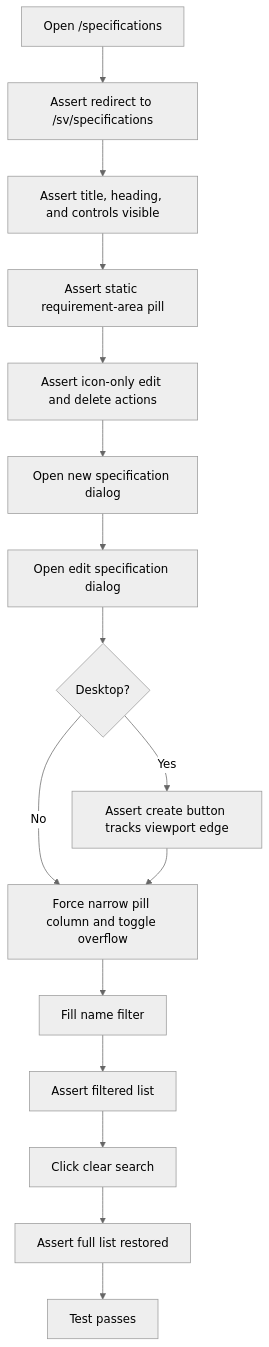
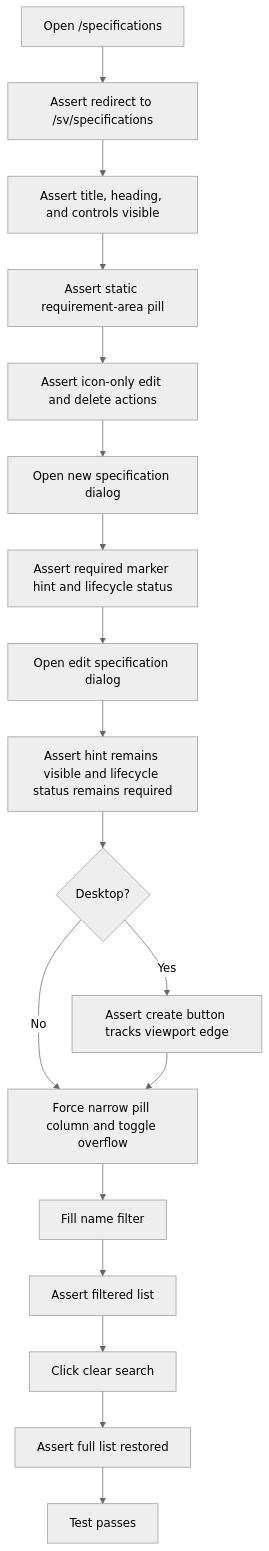
One commit to viscalyx/Kravhantering changed the first of 3 diagrams in tests/integration/specifications-list.md. Above: the diagram before and after it, drawn with Mermaid (neutral theme). The commit also changed other lines of this file and 247 other files, not shown here.

````diff
--- a/tests/integration/specifications-list.md
+++ b/tests/integration/specifications-list.md
@@ -17,18 +18,20 @@
 ```mermaid
 flowchart TD
     A[Open /specifications] --> A1[Assert redirect to /sv/specifications]
     A1 --> B[Assert title, heading, and controls visible]
     B --> B1[Assert static requirement-area pill]
     B1 --> B2[Assert icon-only edit and delete actions]
     B2 --> B3[Open new specification dialog]
-    B3 --> B4[Open edit specification dialog]
-    B4 --> C{Desktop?}
+    B3 --> B4[Assert required marker hint and lifecycle status]
+    B4 --> B5[Open edit specification dialog]
+    B5 --> B6[Assert hint remains visible and lifecycle status remains required]
+    B6 --> C{Desktop?}
     C -- Yes --> D[Assert create button tracks viewport edge]
-    C -- No --> B5[Force narrow pill column and toggle overflow]
-    D --> B5
-    B5 --> E[Fill name filter]
+    C -- No --> B7[Force narrow pill column and toggle overflow]
+    D --> B7
+    B7 --> E[Fill name filter]
     E --> F[Assert filtered list]
     F --> G[Click clear search]
     G --> H[Assert full list restored]
     H --> I[Test passes]
 ```
````
